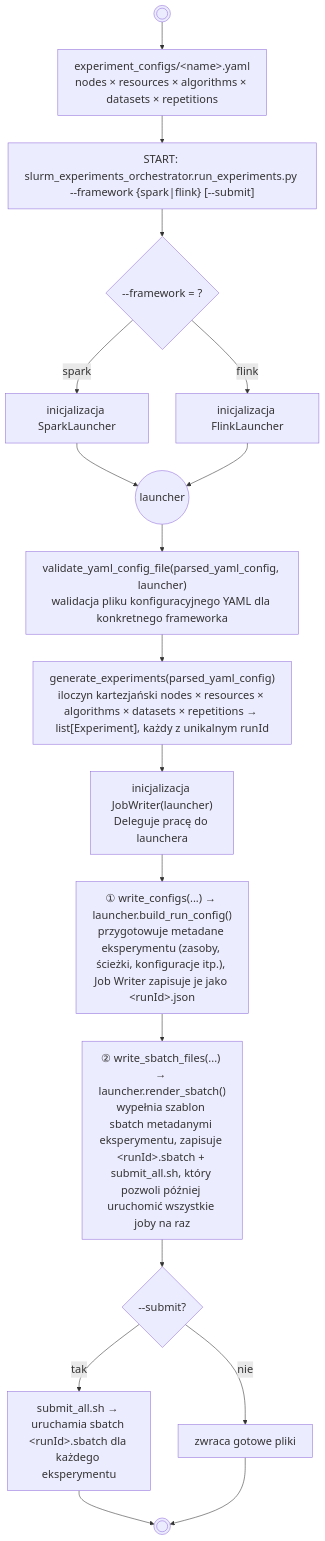
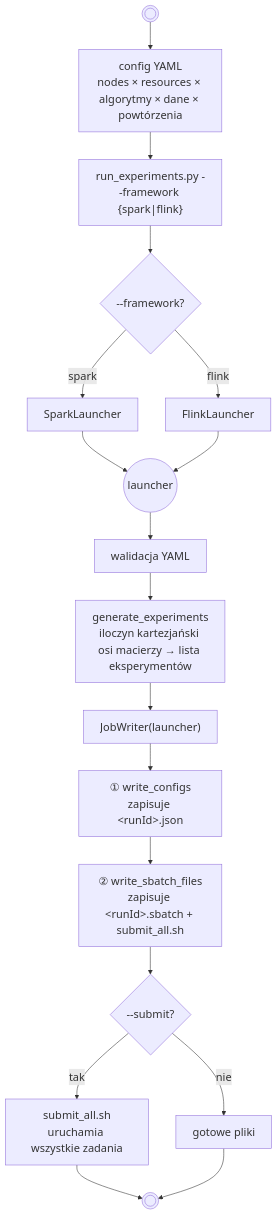
One commit to natix-x/clustering-algorithms-benchmark changed the first of 4 diagrams in README.md. Above: the diagram before and after it, drawn with Mermaid. The commit also changed 12 other files, not shown here.

````diff
--- a/README.md
+++ b/README.md
@@ -38,53 +38,53 @@
 ```mermaid
 ---
 config:
   layout: dagre
   themeVariables:
     fontSize: 20px
 ---
 flowchart TB
     START_DOT((( ))) --> YAML
     
-    YAML["experiment_configs/&lt;name&gt;.yaml<br>nodes × resources × algorithms × datasets × repetitions"]
-    START["START: slurm_experiments_orchestrator.run_experiments.py --framework {spark|flink} [--submit]"]
+    YAML["config YAML<br>nodes × resources × algorytmy × dane × powtórzenia"]
+    START["run_experiments.py --framework {spark|flink}"]
     
-    InitSpark["inicjalizacja SparkLauncher"]
-    InitFlink["inicjalizacja FlinkLauncher"]
+    InitSpark["SparkLauncher"]
+    InitFlink["FlinkLauncher"]
     
-    V["validate_yaml_config_file(parsed_yaml_config, launcher)<br>walidacja pliku konfiguracyjnego YAML dla konkretnego frameworka"]
-    G["generate_experiments(parsed_yaml_config)<br>iloczyn kartezjański nodes × resources × algorithms × datasets × repetitions → list[Experiment], każdy z unikalnym runId"]
-    JW["inicjalizacja JobWriter(launcher)<br>Deleguje pracę do launchera"]
+    V["walidacja YAML"]
+    G["generate_experiments<br>iloczyn kartezjański osi macierzy → lista eksperymentów"]
+    JW["JobWriter(launcher)"]
     
-    WC["① write_configs(...) → launcher.build_run_config()<br>przygotowuje metadane eksperymentu (zasoby, ścieżki, konfiguracje itp.), Job Writer zapisuje je jako &lt;runId&gt;.json"]
-    WS["② write_sbatch_files(...) → launcher.render_sbatch()<br>wypełnia szablon sbatch metadanymi eksperymentu, zapisuje &lt;runId&gt;.sbatch + submit_all.sh, który pozwoli później uruchomić wszystkie joby na raz"]
+    WC["① write_configs<br>zapisuje &lt;runId&gt;.json"]
+    WS["② write_sbatch_files<br>zapisuje &lt;runId&gt;.sbatch + submit_all.sh"]
     
-    RUN["submit_all.sh → uruchamia sbatch &lt;runId&gt;.sbatch dla każdego eksperymentu"]
-    END_NODE["zwraca gotowe pliki"]
+    RUN["submit_all.sh<br>uruchamia wszystkie zadania"]
+    END_NODE["gotowe pliki"]
 
     YAML --> START
     
-    q1_choice{"--framework = ?"}
+    q1_choice{"--framework?"}
     START --> q1_choice
     q1_choice -- spark --> InitSpark
     q1_choice -- flink --> InitFlink
     
     join_launchers(("launcher"))
     InitSpark --> join_launchers
     InitFlink --> join_launchers
     
     join_launchers --> V
     
     V --> G
     G --> JW
     JW --> WC
     WC --> WS
     
     sub_choice{"--submit?"}
     WS --> sub_choice
     sub_choice -- tak --> RUN
     sub_choice -- nie --> END_NODE
     
     END_DOT((( )))
     RUN --> END_DOT
     END_NODE --> END_DOT
 ```
````
